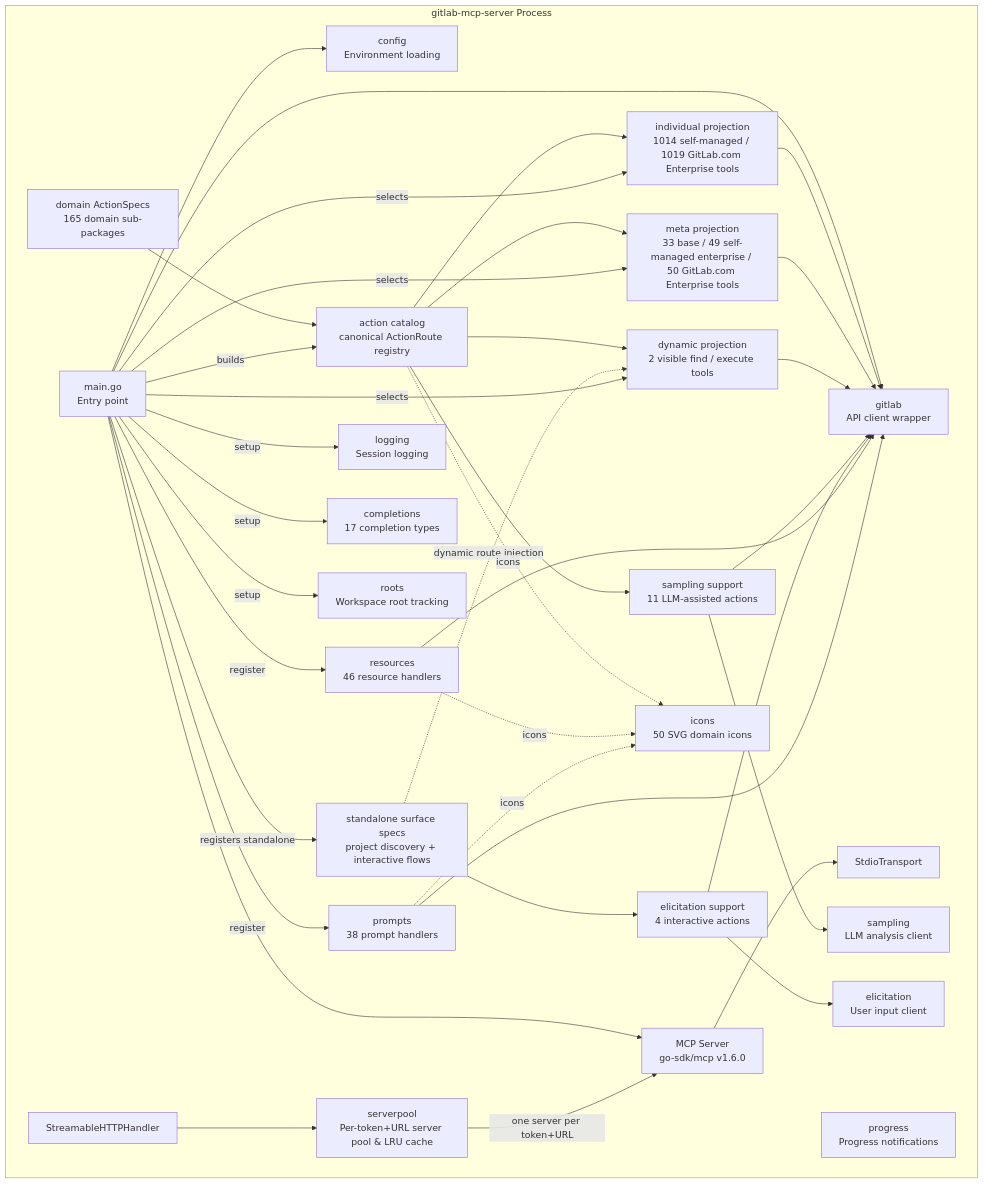
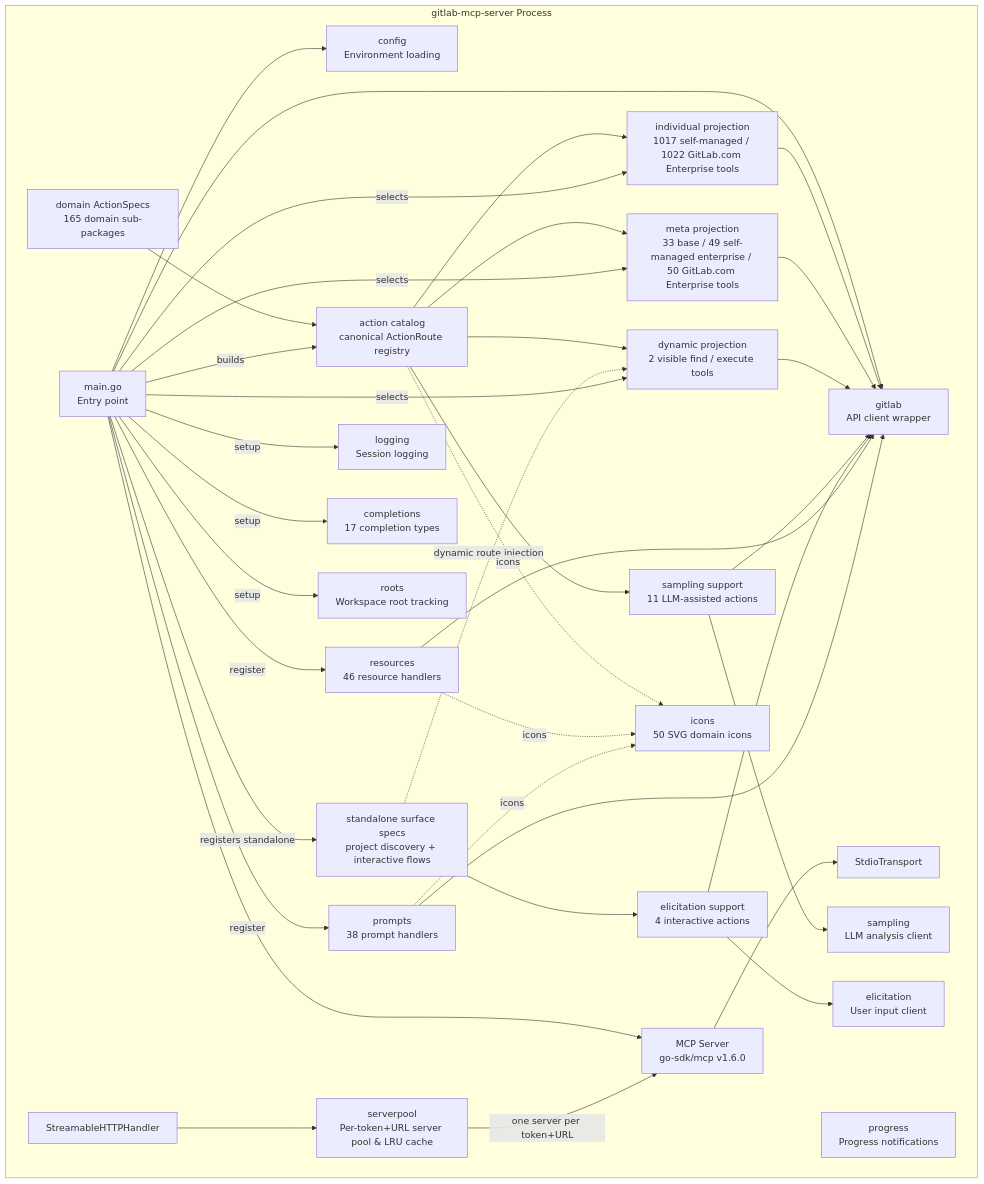
One commit to jmrplens/gitlab-mcp-server changed the third of 11 diagrams in docs/architecture.md. Above: the diagram before and after it, drawn with Mermaid. The commit also changed other lines of this file and 56 other files, not shown here.

````diff
--- a/docs/architecture.md
+++ b/docs/architecture.md
@@ -64,65 +64,65 @@
 ```mermaid
 graph TD
     subgraph "gitlab-mcp-server Process"
         MAIN[main.go<br/>Entry point]
         CFG[config<br/>Environment loading]
         GL[gitlab<br/>API client wrapper]
         SPECS[domain ActionSpecs<br/>165 domain sub-packages]
         CATALOG[action catalog<br/>canonical ActionRoute registry]
         STANDALONE[standalone surface specs<br/>project discovery + interactive flows]
-        IND[individual projection<br/>1014 self-managed / 1019 GitLab.com Enterprise tools]
+        IND[individual projection<br/>1017 self-managed / 1022 GitLab.com Enterprise tools]
         META[meta projection<br/>33 base / 49 self-managed enterprise / 50 GitLab.com Enterprise tools]
         DYN[dynamic projection<br/>2 visible find / execute tools]
         SAMP[sampling support<br/>11 LLM-assisted actions]
         ELIC[elicitation support<br/>4 interactive actions]
         RES[resources<br/>46 resource handlers]
         PROMPTS[prompts<br/>38 prompt handlers]
         LOG[logging<br/>Session logging]
         COMP[completions<br/>17 completion types]
         ROOTS[roots<br/>Workspace root tracking]
         PROG[progress<br/>Progress notifications]
         SAMPLING[sampling<br/>LLM analysis client]
         ELICIT[elicitation<br/>User input client]
         ICN[icons<br/>50 SVG domain icons]
         SRV[MCP Server<br/>go-sdk/mcp v1.6.0]
         STDIO[StdioTransport]
         HTTP[StreamableHTTPHandler]
         POOL[serverpool<br/>Per-token+URL server pool & LRU cache]
     end
 
     MAIN --> CFG
     MAIN --> GL
     MAIN --> SRV
     SRV --> STDIO
     HTTP --> POOL
     POOL -->|one server per token+URL| SRV
     SPECS --> CATALOG
     CATALOG --> IND
     CATALOG --> META
     CATALOG --> DYN
     CATALOG --> SAMP
     STANDALONE --> ELIC
     STANDALONE -.->|dynamic route injection| DYN
     IND --> GL
     META --> GL
     DYN --> GL
     SAMP --> GL
     ELIC --> GL
     SAMP --> SAMPLING
     ELIC --> ELICIT
     RES --> GL
     PROMPTS --> GL
     MAIN -->|builds| CATALOG
     MAIN -->|selects| IND
     MAIN -->|selects| META
     MAIN -->|selects| DYN
     MAIN -->|registers standalone| STANDALONE
     MAIN -->|register| RES
     MAIN -->|register| PROMPTS
     CATALOG -.->|icons| ICN
     RES -.->|icons| ICN
     PROMPTS -.->|icons| ICN
     MAIN -->|setup| LOG
     MAIN -->|setup| COMP
     MAIN -->|setup| ROOTS
 ```
````
